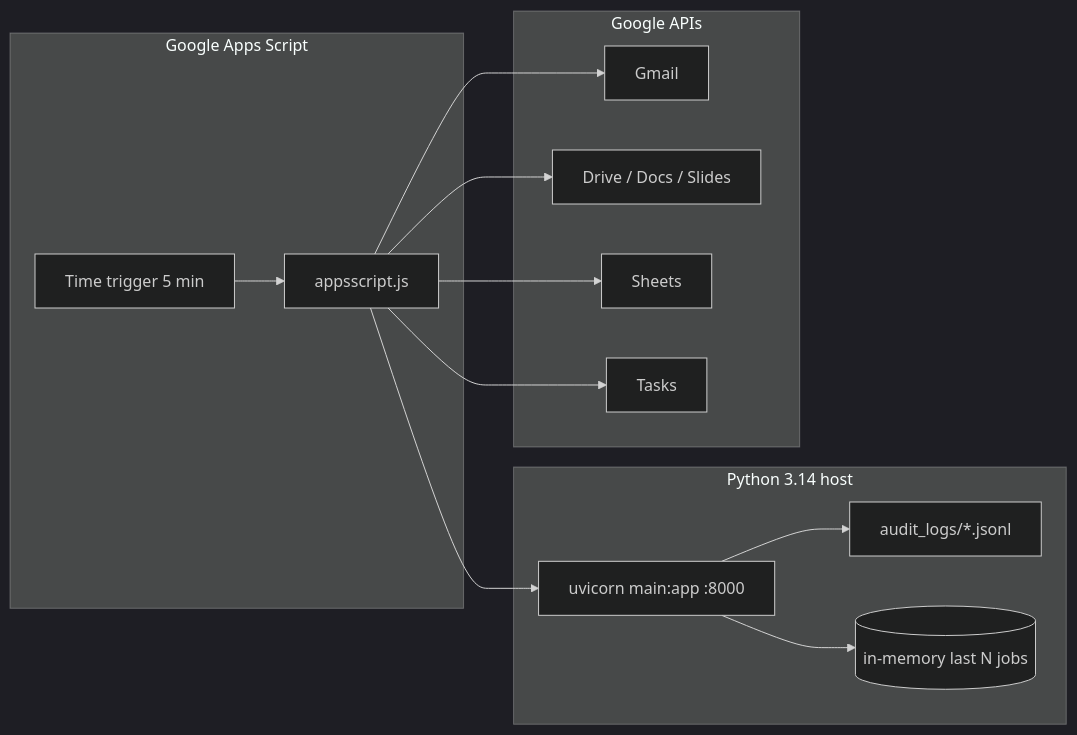
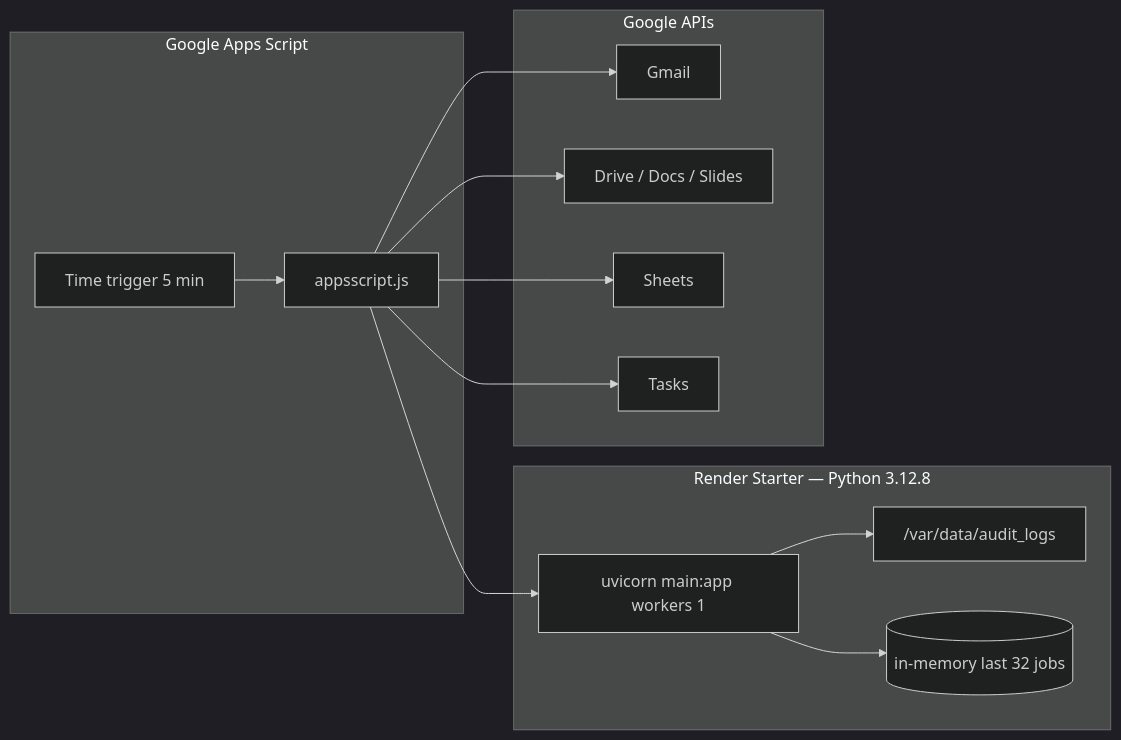
One commit to skanyingi/Alpha changed the fifth of 5 diagrams in ARCHITECTURE.md. Above: the diagram before and after it, drawn with Mermaid (dark theme). The commit also changed other lines of this file and 32 other files, not shown here.

````diff
--- a/ARCHITECTURE.md
+++ b/ARCHITECTURE.md
@@ -443,29 +492,29 @@
 ```mermaid
 flowchart LR
   subgraph GAS_runtime["Google Apps Script"]
     Trigger[Time trigger 5 min]
     Code[appsscript.js]
   end
 
-  subgraph Py["Python 3.14 host"]
-    UV[uvicorn main:app :8000]
-    Disk[audit_logs/*.jsonl]
-    Mem[(in-memory last N jobs)]
+  subgraph Py["Render Starter — Python 3.12.8"]
+    UV[uvicorn main:app workers 1]
+    Disk["/var/data/audit_logs"]
+    Mem[(in-memory last 32 jobs)]
   end
 
   subgraph GCloud["Google APIs"]
     GmailAPI[Gmail]
     DriveAPI[Drive / Docs / Slides]
     SheetsAPI[Sheets]
     TasksAPI[Tasks]
   end
 
   Trigger --> Code
   Code --> GmailAPI
   Code --> SheetsAPI
   Code --> UV
   UV --> Disk
   UV --> Mem
   Code --> DriveAPI
   Code --> TasksAPI
 ```
````
